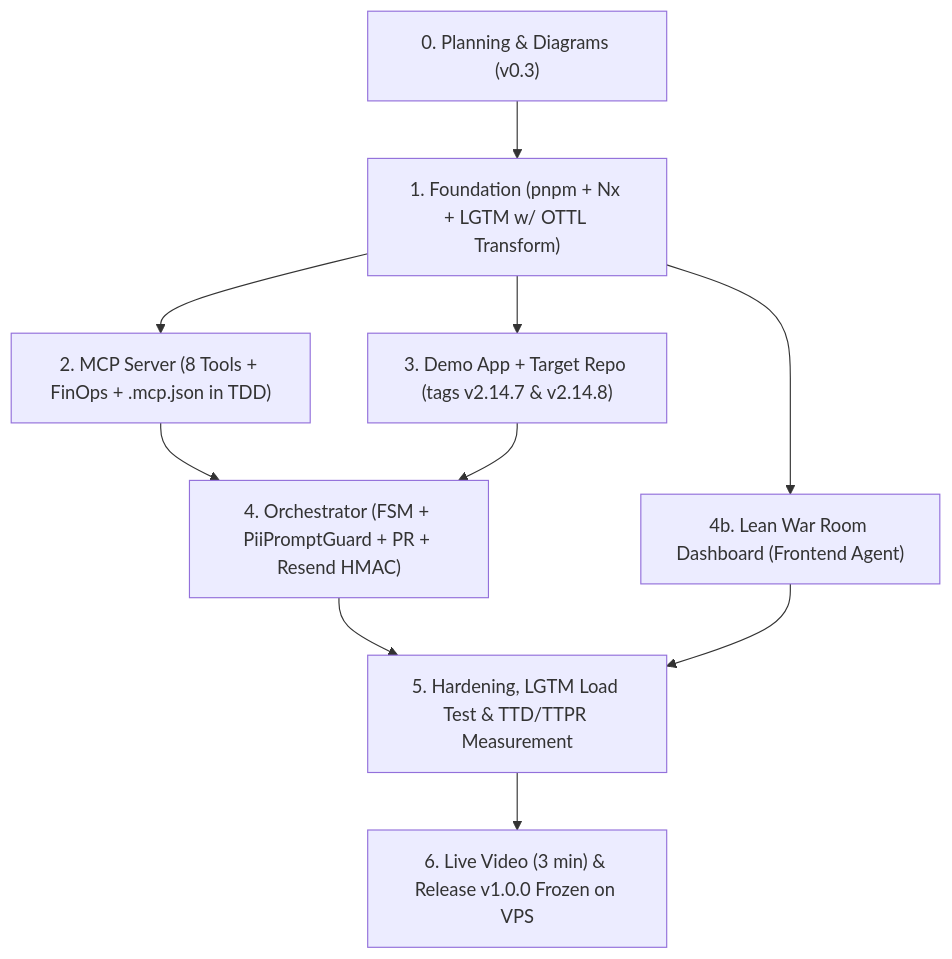
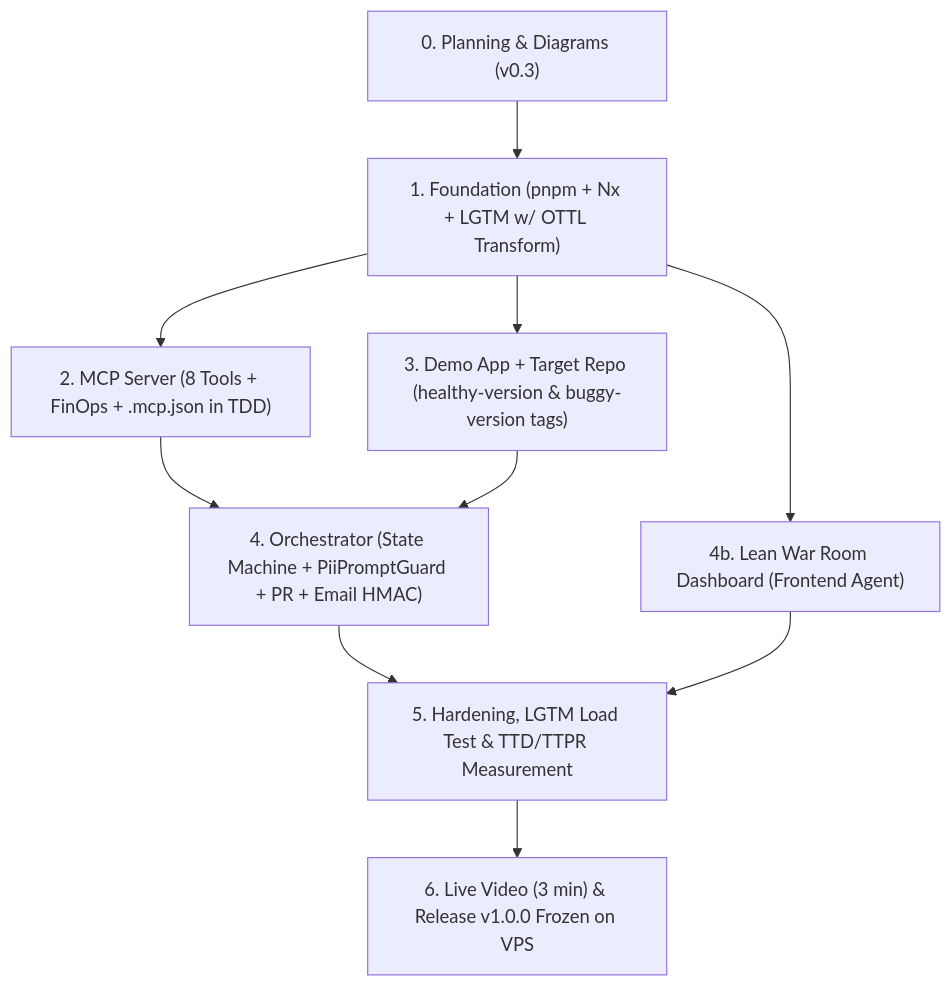
The fifth of 5 diagrams in docs/en-US/00_architecture_master.md (AdmilsonGoncalves/zeromttr), drawn with Mermaid before and after one commit. The commit also changed other lines of this file and 75 other files, not shown here.

````diff
--- a/docs/en-US/00_architecture_master.md
+++ b/docs/en-US/00_architecture_master.md
@@ -364,10 +371,10 @@
 ```mermaid
 flowchart TD
     F0["0. Planning & Diagrams (v0.3)"] --> F1["1. Foundation (pnpm + Nx + LGTM w/ OTTL Transform)"]
     F1 --> F2["2. MCP Server (8 Tools + FinOps + .mcp.json in TDD)"]
-    F1 --> F3["3. Demo App + Target Repo (tags v2.14.7 & v2.14.8)"]
+    F1 --> F3["3. Demo App + Target Repo (healthy-version & buggy-version tags)"]
     F1 --> F4B["4b. Lean War Room Dashboard (Frontend Agent)"]
-    F2 & F3 --> F4["4. Orchestrator (FSM + PiiPromptGuard + PR + Resend HMAC)"]
+    F2 & F3 --> F4["4. Orchestrator (State Machine + PiiPromptGuard + PR + Email HMAC)"]
     F4 & F4B --> F5["5. Hardening, LGTM Load Test & TTD/TTPR Measurement"]
     F5 --> F6["6. Live Video (3 min) & Release v1.0.0 Frozen on VPS"]
 ```
````
